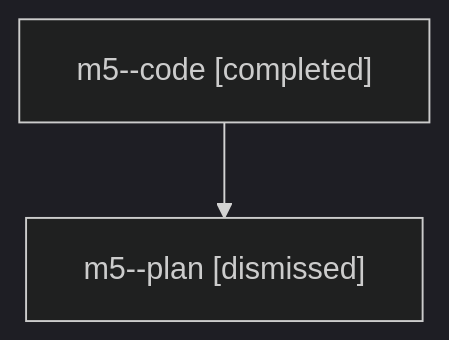
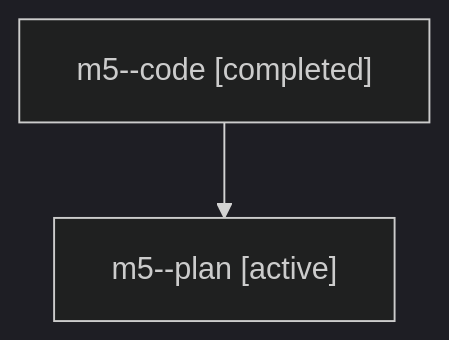
One commit to sase-org/sase--agents changed the diagram in families/bbugyi200.athena.m5.md. Above: the diagram before and after it, drawn with Mermaid (dark theme). The commit also changed other lines of this file and 5813 other files, not shown here.

````diff
--- a/families/bbugyi200.athena.m5.md
+++ b/families/bbugyi200.athena.m5.md
@@ -9,6 +9,6 @@
 ```mermaid
 flowchart TD
   n0["m5--code [completed]"]
-  n1["m5--plan [dismissed]"]
+  n1["m5--plan [active]"]
   n0 --> n1
 ```
````
